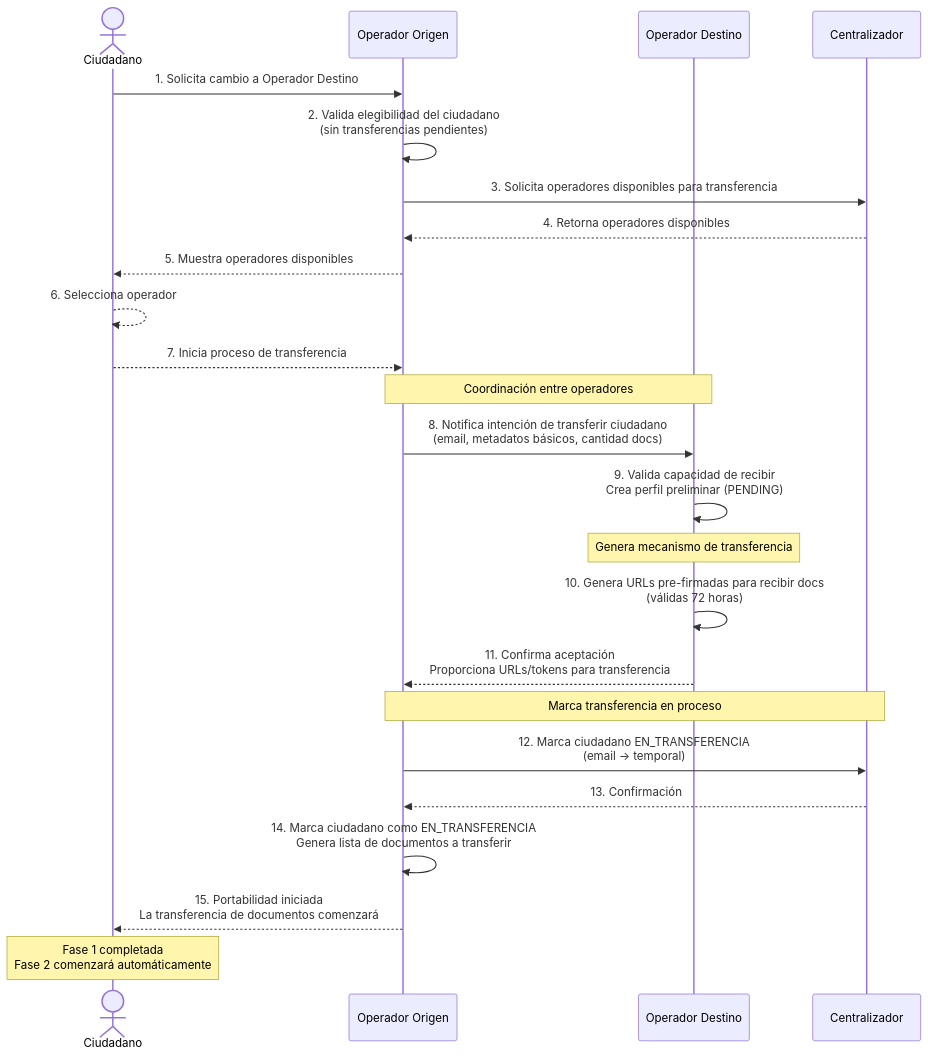
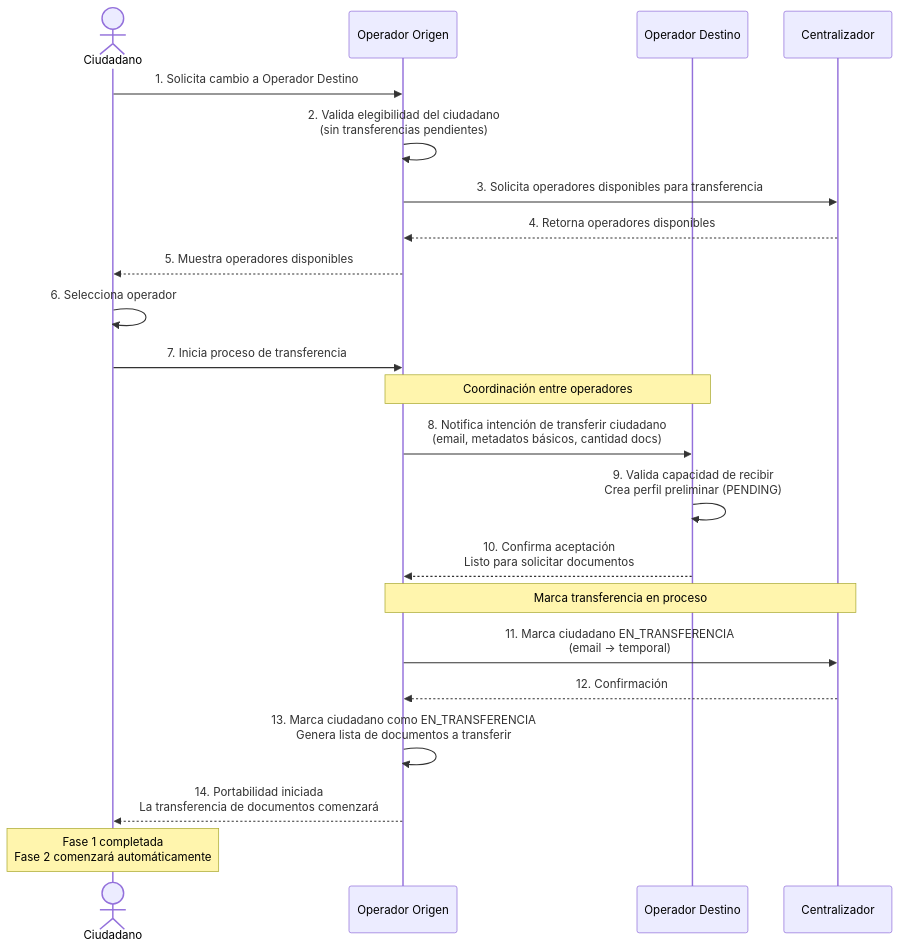
One commit to edwaraco/carpetaCiudadana changed the eighth of 10 diagrams in docs/c4_diagrams.md. Above: the diagram before and after it, drawn with Mermaid. The commit also changed other lines of this file, not shown here.

Commit message:
feat(architecture): Update Sequence diagramas for transfering a citizien

````diff
--- a/docs/c4_diagrams.md
+++ b/docs/c4_diagrams.md
@@ -502,36 +504,33 @@
 ```mermaid
 sequenceDiagram
     actor C as Ciudadano
     participant OPA as Operador Origen
     participant OPB as Operador Destino
     participant CENT as Centralizador
 
     C->>OPA: 1. Solicita cambio a Operador Destino
 
     OPA->>OPA: 2. Valida elegibilidad del ciudadano<br/>(sin transferencias pendientes)
     OPA->>CENT: 3. Solicita operadores disponibles para transferencia
     CENT-->>OPA: 4. Retorna operadores disponibles
     OPA-->>C: 5. Muestra operadores disponibles
-    C-->>C: 6. Selecciona operador
-    C-->>OPA: 7. Inicia proceso de transferencia
+    C->>C: 6. Selecciona operador
+    C->>OPA: 7. Inicia proceso de transferencia
 
     Note over OPA,OPB: Coordinación entre operadores
     OPA->>OPB: 8. Notifica intención de transferir ciudadano<br/>(email, metadatos básicos, cantidad docs)
 
     OPB->>OPB: 9. Valida capacidad de recibir<br/>Crea perfil preliminar (PENDING)
 
-    Note over OPB: Genera mecanismo de transferencia
-    OPB->>OPB: 10. Genera URLs pre-firmadas para recibir docs<br/>(válidas 72 horas)
-
-    OPB-->>OPA: 11. Confirma aceptación<br/>Proporciona URLs/tokens para transferencia
+    OPB-->>OPA: 10. Confirma aceptación<br/>Listo para solicitar documentos
 
     Note over OPA,CENT: Marca transferencia en proceso
-    OPA->>CENT: 12. Marca ciudadano EN_TRANSFERENCIA<br/>(email → temporal)
-    CENT-->>OPA: 13. Confirmación
+    OPA->>CENT: 11. Marca ciudadano EN_TRANSFERENCIA<br/>(email → temporal)
+    CENT-->>OPA: 12. Confirmación
 
-    OPA->>OPA: 14. Marca ciudadano como EN_TRANSFERENCIA<br/>Genera lista de documentos a transferir
+    OPA->>OPA: 13. Marca ciudadano como EN_TRANSFERENCIA<br/>Genera lista de documentos a transferir
 
-    OPA-->>C: 15. Portabilidad iniciada<br/>La transferencia de documentos comenzará
+    OPA-->>C: 14. Portabilidad iniciada<br/>La transferencia de documentos comenzará
 
     Note over C: Fase 1 completada<br/>Fase 2 comenzará automáticamente
 ```
````
